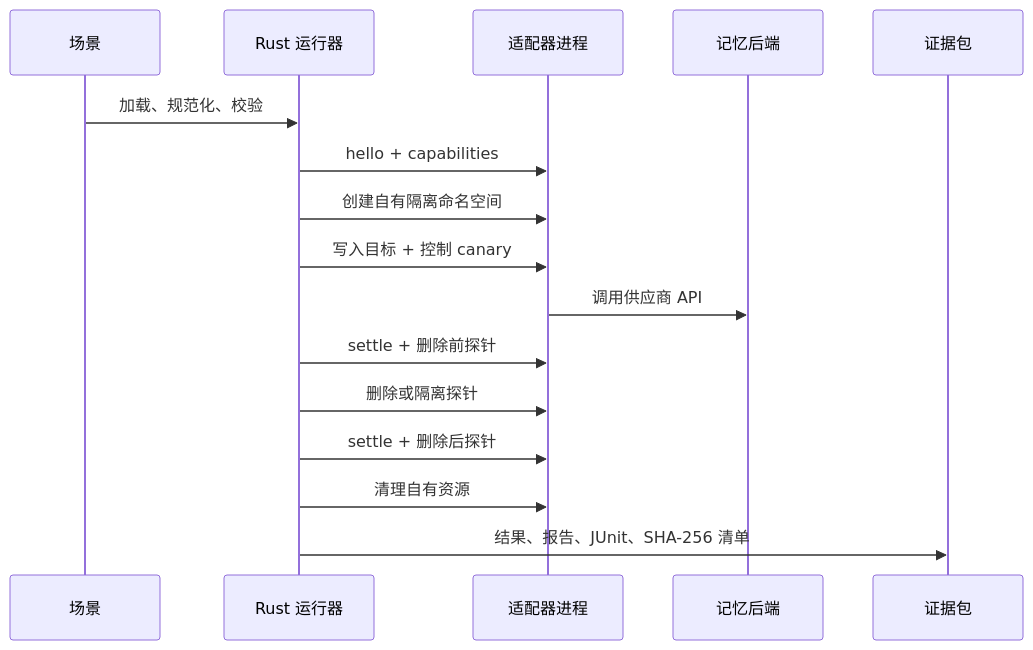
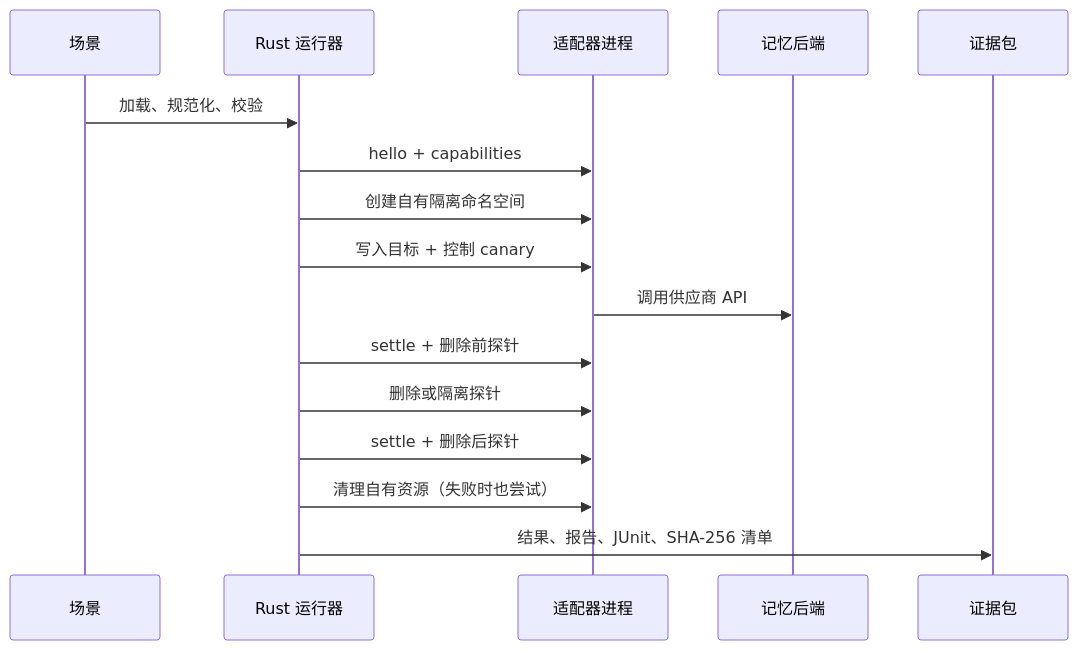
The diagram in docs/architecture.zh-CN.md (Hughhhhcoder/ForgetProof), drawn with Mermaid before and after one commit. The commit also changed other lines of this file and 19 other files, not shown here.

````diff
--- a/docs/architecture.zh-CN.md
+++ b/docs/architecture.zh-CN.md
@@ -9,18 +9,18 @@
 ```mermaid
 sequenceDiagram
     participant S as 场景
     participant R as Rust 运行器
     participant A as 适配器进程
     participant B as 记忆后端
     participant E as 证据包
     S->>R: 加载、规范化、校验
     R->>A: hello + capabilities
     R->>A: 创建自有隔离命名空间
     R->>A: 写入目标 + 控制 canary
     A->>B: 调用供应商 API
     R->>A: settle + 删除前探针
     R->>A: 删除或隔离探针
     R->>A: settle + 删除后探针
-    R->>A: 清理自有资源
+    R->>A: 清理自有资源（失败时也尝试）
     R->>E: 结果、报告、JUnit、SHA-256 清单
 ```
````
